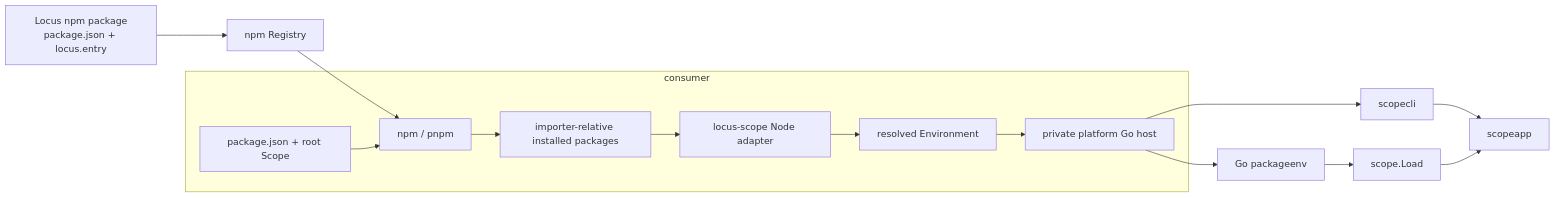
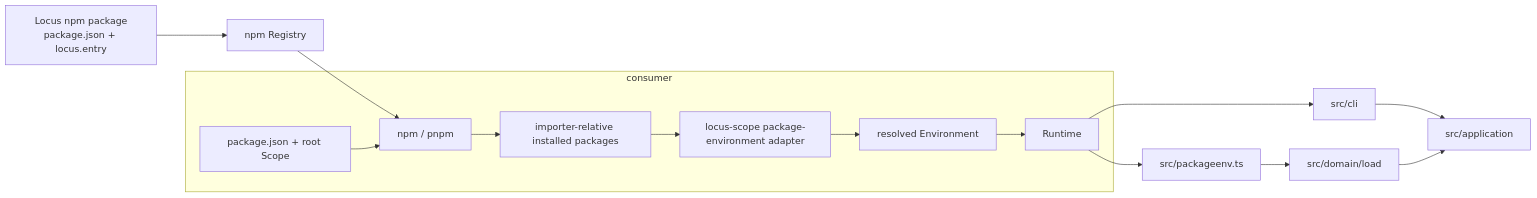
The diagram in documents/design/Package设计.md (SWdrift/locus-scope), drawn with Mermaid before and after one commit. The commit also changed other lines of this file and 111 other files, not shown here.

Commit message:
feat: 迁移 Scope runtime 到 TypeScript

````diff
--- a/documents/design/Package设计.md
+++ b/documents/design/Package设计.md
@@ -15,24 +15,23 @@
 ```mermaid
 flowchart LR
     Source["Locus npm package<br/>package.json + locus.entry"] --> Registry["npm Registry"]
     Registry --> PM["npm / pnpm"]
 
-    subgraph Runtime["consumer"]
+    subgraph Consumer["consumer"]
         Root["package.json + root Scope"]
         Modules["importer-relative installed packages"]
-        Adapter["locus-scope Node adapter"]
+        Adapter["locus-scope package-environment adapter"]
         Environment["resolved Environment"]
-        Host["private platform Go host"]
         Root --> PM
         PM --> Modules
         Modules --> Adapter
         Adapter --> Environment
-        Environment --> Host
+        Environment --> Runtime
     end
 
-    Host --> PackageEnv["Go packageenv"]
-    PackageEnv --> Loader["scope.Load"]
-    Host --> CLI["scopecli"]
-    CLI --> App["scopeapp"]
+    Runtime --> PackageEnv["src/packageenv.ts"]
+    PackageEnv --> Loader["src/domain/load"]
+    Runtime --> CLI["src/cli"]
+    CLI --> App["src/application"]
     Loader --> App
 ```
````
